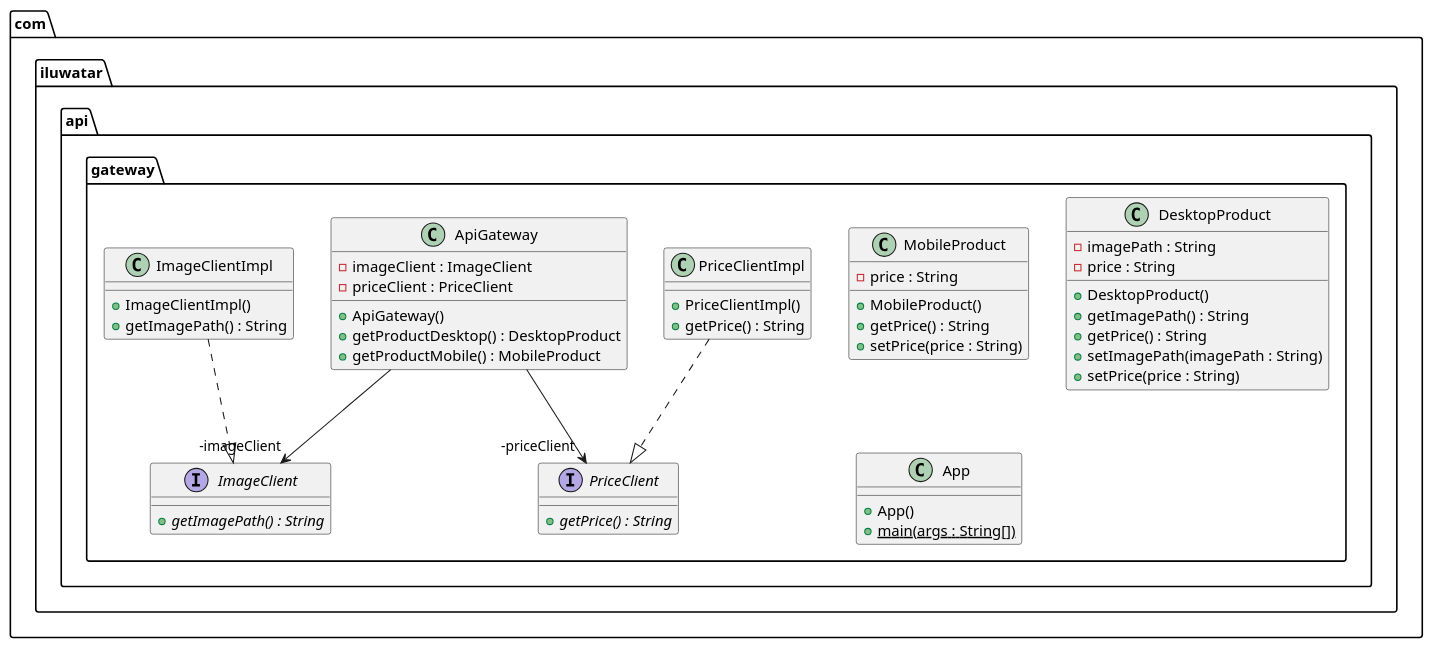
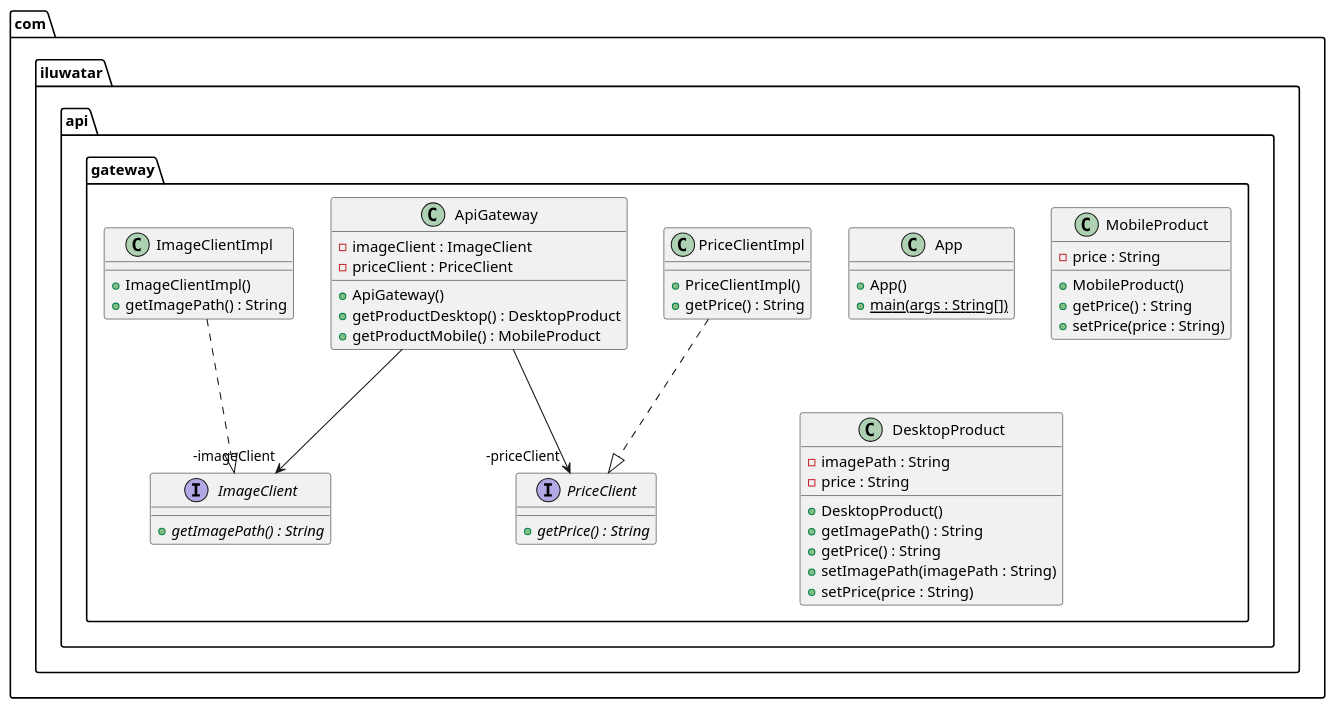
One commit to NatalieSty/java-design-patterns changed the diagram in api-gateway/etc/api-gateway-service.urm.puml. Above: the diagram before and after it, drawn with PlantUML. The commit also changed other lines of this file and 77 other files, not shown here.

Commit message:
UML generation: Mark the urm-maven-plugin execution to be ignored in Eclipse and recreate all .puml files

```diff
--- a/api-gateway/etc/api-gateway-service.urm.puml
+++ b/api-gateway/etc/api-gateway-service.urm.puml
@@ -1,48 +1,48 @@
 @startuml
 package com.iluwatar.api.gateway {
-  interface ImageClient {
-    + getImagePath() : String {abstract}
+  class App {
+    + App()
+    + main(args : String[]) {static}
+  }
+  class PriceClientImpl {
+    + PriceClientImpl()
+    + getPrice() : String
+  }
+  class ImageClientImpl {
+    + ImageClientImpl()
+    + getImagePath() : String
   }
   class MobileProduct {
     - price : String
     + MobileProduct()
     + getPrice() : String
     + setPrice(price : String)
+  }
+  interface ImageClient {
+    + getImagePath() : String {abstract}
   }
   class ApiGateway {
     - imageClient : ImageClient
     - priceClient : PriceClient
     + ApiGateway()
     + getProductDesktop() : DesktopProduct
     + getProductMobile() : MobileProduct
   }
   class DesktopProduct {
     - imagePath : String
     - price : String
     + DesktopProduct()
     + getImagePath() : String
     + getPrice() : String
     + setImagePath(imagePath : String)
     + setPrice(price : String)
   }
   interface PriceClient {
     + getPrice() : String {abstract}
   }
-  class PriceClientImpl {
-    + PriceClientImpl()
-    + getPrice() : String
-  }
-  class ImageClientImpl {
-    + ImageClientImpl()
-    + getImagePath() : String
-  }
-  class App {
-    + App()
-    + main(args : String[]) {static}
-  }
 }
 ApiGateway -->  "-imageClient" ImageClient
 ApiGateway -->  "-priceClient" PriceClient
 PriceClientImpl ..|> PriceClient 
 ImageClientImpl ..|> ImageClient 
 @enduml
```
